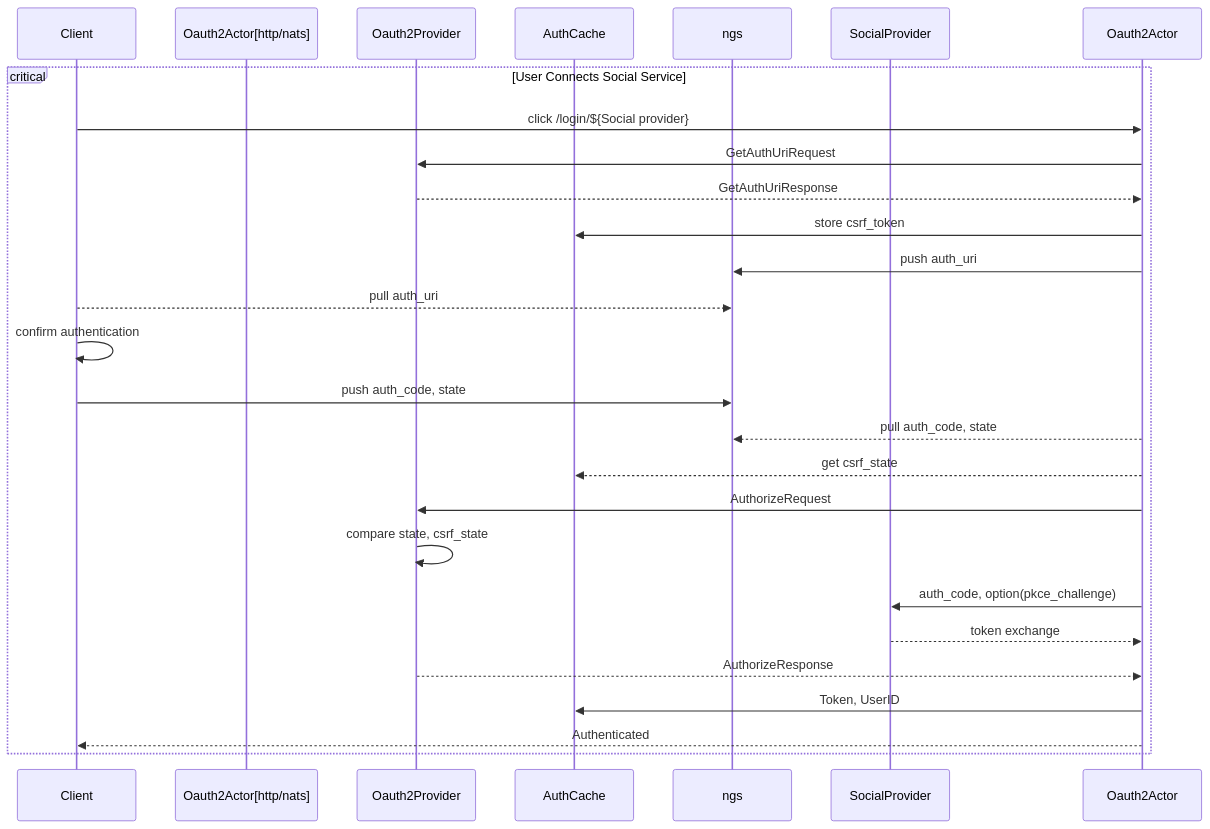
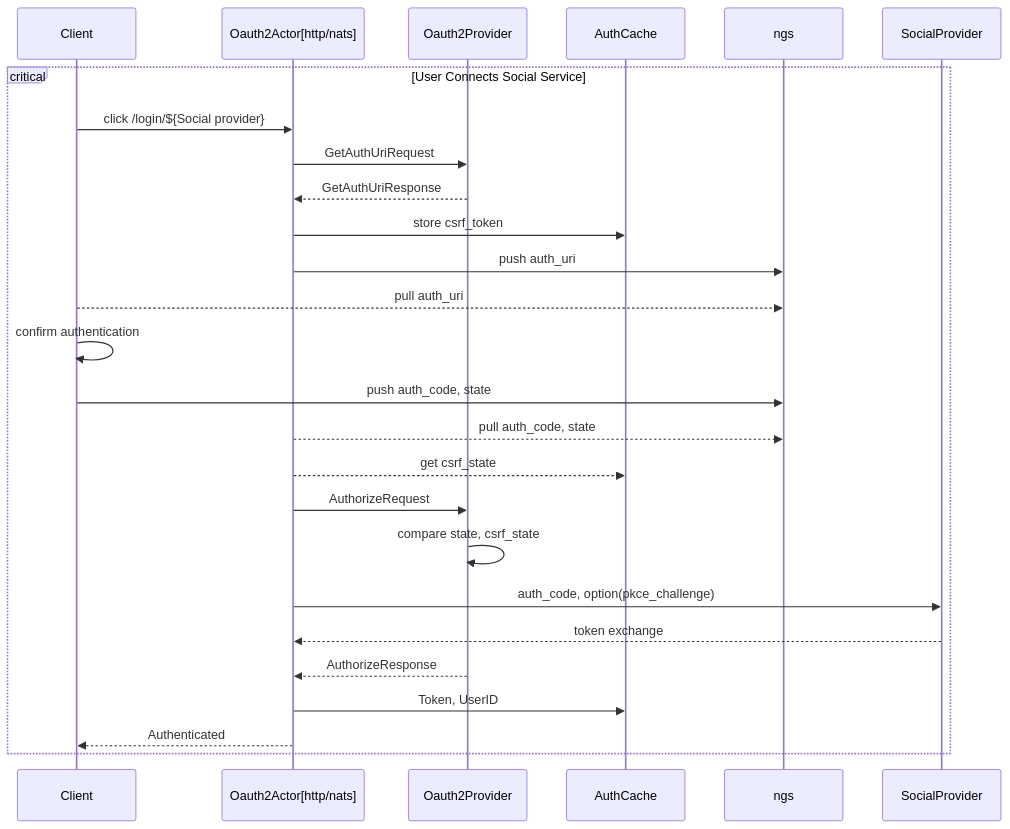
One commit to jamminmusic/Features changed the diagram in oauth2/oauth2.md. Above: the diagram before and after it, drawn with Mermaid.

````diff
--- a/oauth2/oauth2.md
+++ b/oauth2/oauth2.md
@@ -3,31 +3,30 @@
 ``` mermaid
 sequenceDiagram
     %% Actors
     participant Client
     participant Oauth2Actor[http/nats]
-    
     participant Oauth2Provider
     participant AuthCache
     participant ngs
     participant SocialProvider
 
     critical User Connects Social Service
-        Client ->> Oauth2Actor: click /login/${Social provider}
-        Oauth2Actor ->> Oauth2Provider: GetAuthUriRequest
-        Oauth2Provider -->> Oauth2Actor: GetAuthUriResponse
-        Oauth2Actor ->> AuthCache: store csrf_token
-        Oauth2Actor ->> ngs: push auth_uri
+        Client ->> Oauth2Actor[http/nats]: click /login/${Social provider}
+        Oauth2Actor[http/nats] ->> Oauth2Provider: GetAuthUriRequest
+        Oauth2Provider -->> Oauth2Actor[http/nats]: GetAuthUriResponse
+        Oauth2Actor[http/nats] ->> AuthCache: store csrf_token
+        Oauth2Actor[http/nats] ->> ngs: push auth_uri
         Client -->> ngs: pull auth_uri
         Client ->> Client: confirm authentication
         Client ->> ngs: push auth_code, state
-        Oauth2Actor -->> ngs: pull auth_code, state
-        Oauth2Actor -->> AuthCache: get csrf_state
-        Oauth2Actor ->> Oauth2Provider: AuthorizeRequest
+        Oauth2Actor[http/nats] -->> ngs: pull auth_code, state
+        Oauth2Actor[http/nats] -->> AuthCache: get csrf_state
+        Oauth2Actor[http/nats] ->> Oauth2Provider: AuthorizeRequest
         Oauth2Provider ->> Oauth2Provider: compare state, csrf_state
-        Oauth2Actor ->> SocialProvider: auth_code, option(pkce_challenge)
-        SocialProvider -->> Oauth2Actor: token exchange
-        Oauth2Provider -->> Oauth2Actor: AuthorizeResponse
-        Oauth2Actor ->> AuthCache: Token, UserID
-        Oauth2Actor -->> Client: Authenticated
+        Oauth2Actor[http/nats] ->> SocialProvider: auth_code, option(pkce_challenge)
+        SocialProvider -->> Oauth2Actor[http/nats]: token exchange
+        Oauth2Provider -->> Oauth2Actor[http/nats]: AuthorizeResponse
+        Oauth2Actor[http/nats] ->> AuthCache: Token, UserID
+        Oauth2Actor[http/nats] -->> Client: Authenticated
     end
 ```
````
